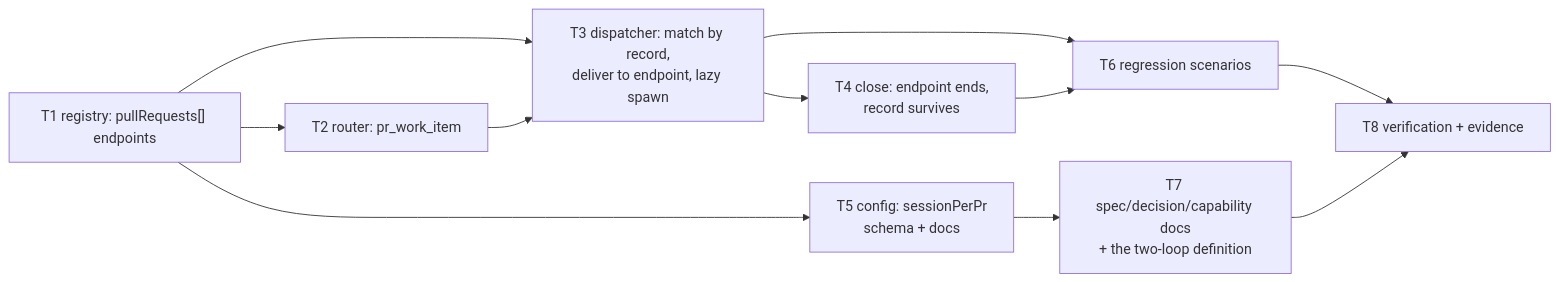
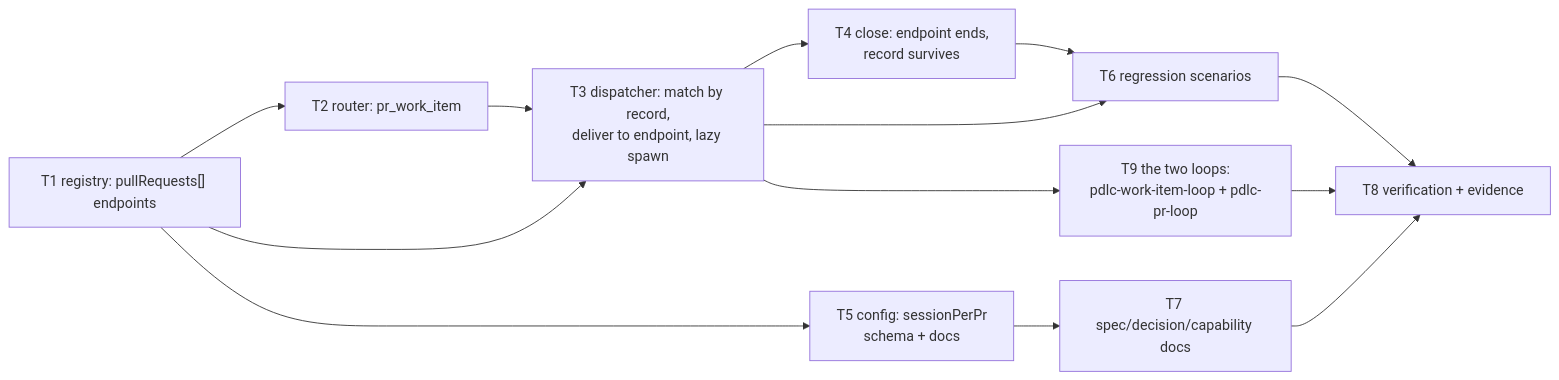
The diagram in docs/specs/issue-172/tasks.md (MadaraUchiha-314/the-loop), drawn with Mermaid before and after one commit. The commit also changed other lines of this file and 27 other files, not shown here.

First line of the commit message:
feat(issue-172): the PDLC is two loops — pdlc-work-item-loop and pdlc-pr-loop

````diff
--- a/docs/specs/issue-172/tasks.md
+++ b/docs/specs/issue-172/tasks.md
@@ -20,13 +20,15 @@
 ```mermaid
 flowchart LR
   T1["T1 registry: pullRequests[] endpoints"] --> T2["T2 router: pr_work_item"]
   T1 --> T3["T3 dispatcher: match by record,<br/>deliver to endpoint, lazy spawn"]
   T2 --> T3
   T3 --> T4["T4 close: endpoint ends,<br/>record survives"]
   T1 --> T5["T5 config: sessionPerPr<br/>schema + docs"]
   T3 --> T6["T6 regression scenarios"]
   T4 --> T6
-  T5 --> T7["T7 spec/decision/capability docs<br/>+ the two-loop definition"]
+  T5 --> T7["T7 spec/decision/capability docs"]
+  T3 --> T9["T9 the two loops:<br/>pdlc-work-item-loop + pdlc-pr-loop"]
   T6 --> T8["T8 verification + evidence"]
   T7 --> T8
+  T9 --> T8
 ```
````
